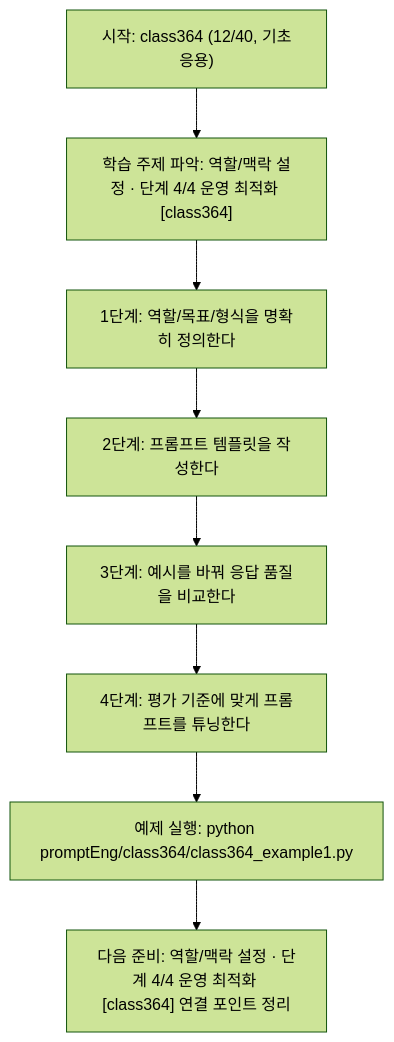
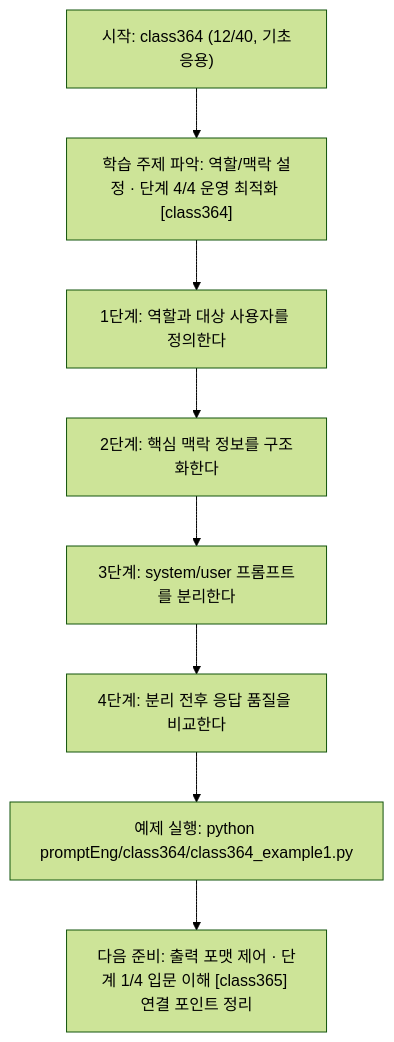
The diagram in promptEng/class364/class364.md (edumgt/Python-AI_Agent-Class), drawn with Mermaid (forest theme) before and after one commit. The commit also changed other lines of this file and 283 other files, not shown here.

````diff
--- a/promptEng/class364/class364.md
+++ b/promptEng/class364/class364.md
@@ -110,18 +91,18 @@
 ```mermaid
 flowchart TD
 N1["시작: class364 (12/40, 기초응용)"]
 N2["학습 주제 파악: 역할/맥락 설정 · 단계 4/4 운영 최적화 [class364]"]
-N3["1단계: 역할/목표/형식을 명확히 정의한다"]
-N4["2단계: 프롬프트 템플릿을 작성한다"]
-N5["3단계: 예시를 바꿔 응답 품질을 비교한다"]
-N6["4단계: 평가 기준에 맞게 프롬프트를 튜닝한다"]
+N3["1단계: 역할과 대상 사용자를 정의한다"]
+N4["2단계: 핵심 맥락 정보를 구조화한다"]
+N5["3단계: system/user 프롬프트를 분리한다"]
+N6["4단계: 분리 전후 응답 품질을 비교한다"]
 N7["예제 실행: python promptEng/class364/class364_example1.py"]
-N8["다음 준비: 역할/맥락 설정 · 단계 4/4 운영 최적화 [class364] 연결 포인트 정리"]
+N8["다음 준비: 출력 포맷 제어 · 단계 1/4 입문 이해 [class365] 연결 포인트 정리"]
 N1 --> N2
 N2 --> N3
 N3 --> N4
 N4 --> N5
 N5 --> N6
 N6 --> N7
 N7 --> N8
 ```
````
